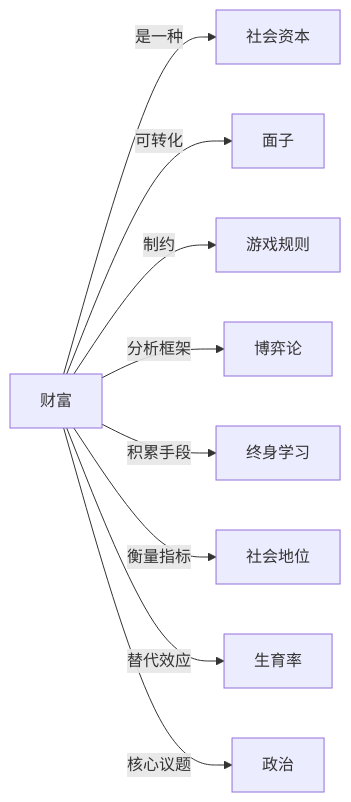
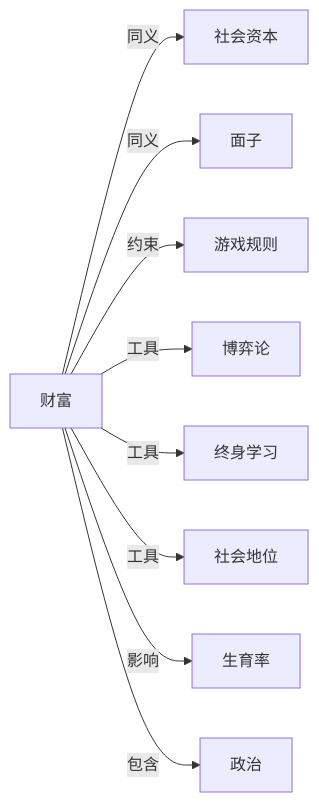
The diagram in Knowledge/Concepts/经济/财富.md (KIMMCHOW/MyKnowledge), drawn with Mermaid before and after one commit. The commit also changed 95 other files, not shown here.

Commit message:
reorganize: 统一关系图边标签为11类

````diff
--- a/Knowledge/Concepts/经济/财富.md
+++ b/Knowledge/Concepts/经济/财富.md
@@ -51,11 +51,11 @@
 ```mermaid
 graph LR
-财富 -->|是一种| 社会资本
-财富 -->|可转化| 面子
-财富 -->|制约| 游戏规则
-财富 -->|分析框架| 博弈论
-财富 -->|积累手段| 终身学习
-财富 -->|衡量指标| 社会地位
-财富 -->|替代效应| 生育率
-财富 -->|核心议题| 政治
+财富 -->|同义| 社会资本
+财富 -->|同义| 面子
+财富 -->|约束| 游戏规则
+财富 -->|工具| 博弈论
+财富 -->|工具| 终身学习
+财富 -->|工具| 社会地位
+财富 -->|影响| 生育率
+财富 -->|包含| 政治
 ```
````
